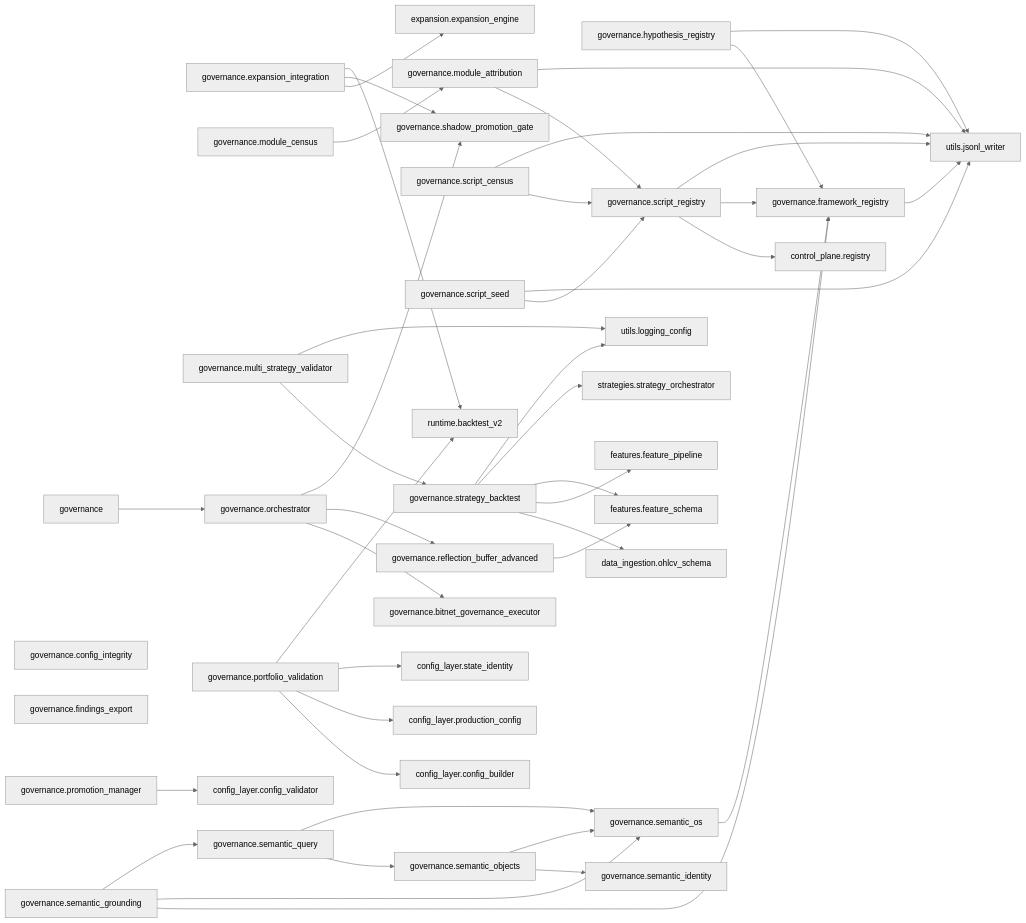
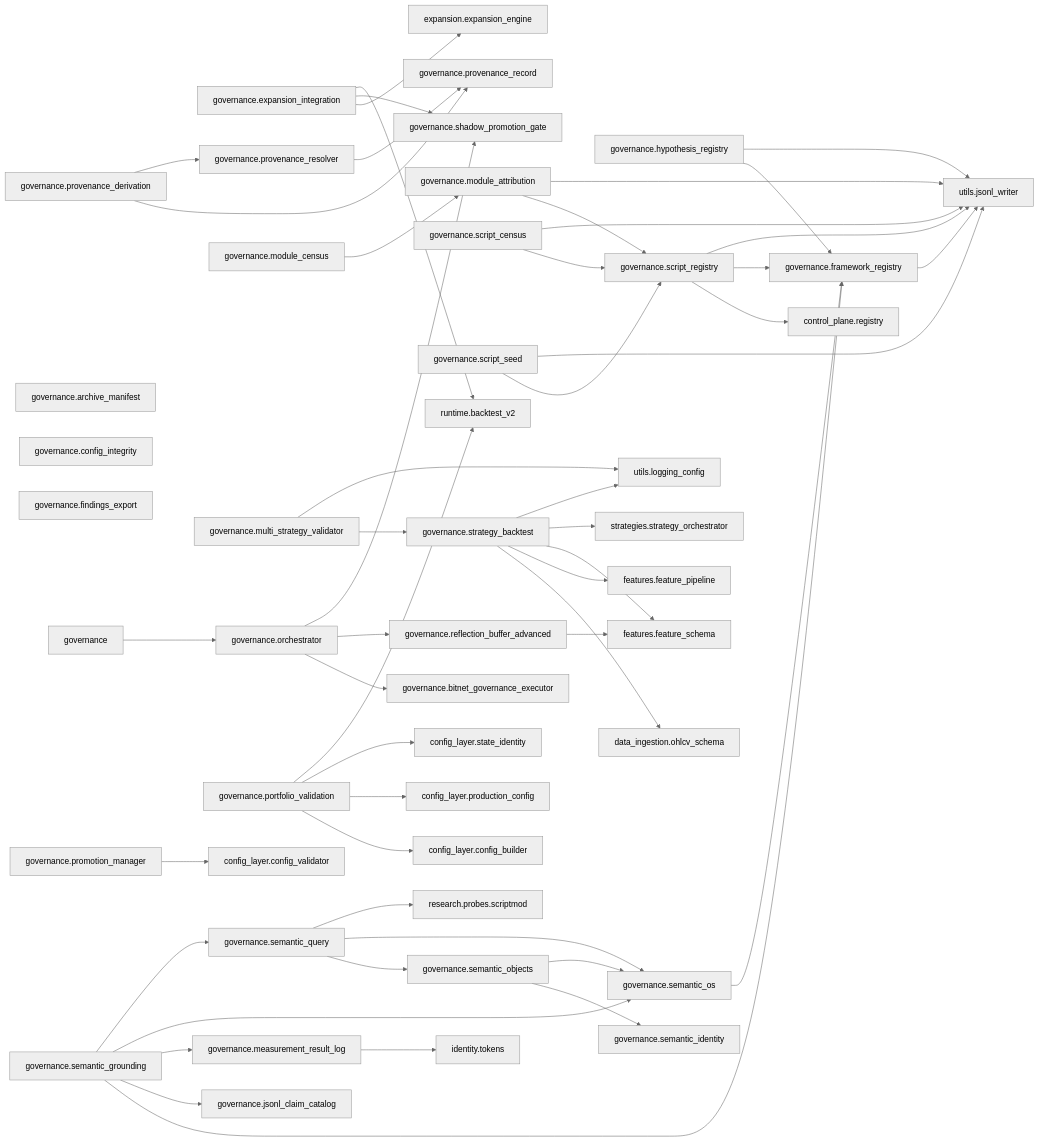
Diagram 17 of 41 in docs/architecture/code-map.generated.md (Chaithu1995-0312/TradeHlt), drawn with Mermaid (neutral theme) before and after one commit. The commit also changed other lines of this file and 39 other files, not shown here.

First line of the commit message:
docs: F-064 full-corpus re-measurement, feature-schema walk, architecture map sync

````diff
--- a/docs/architecture/code-map.generated.md
+++ b/docs/architecture/code-map.generated.md
@@ -979,18 +1089,24 @@
 ```mermaid
 flowchart LR
     governance["governance"]
+    governance_archive_manifest["governance.archive_manifest"]
     governance_bitnet_governance_executor["governance.bitnet_governance_executor"]
     governance_config_integrity["governance.config_integrity"]
     governance_expansion_integration["governance.expansion_integration"]
     governance_findings_export["governance.findings_export"]
     governance_framework_registry["governance.framework_registry"]
     governance_hypothesis_registry["governance.hypothesis_registry"]
+    governance_jsonl_claim_catalog["governance.jsonl_claim_catalog"]
+    governance_measurement_result_log["governance.measurement_result_log"]
     governance_module_attribution["governance.module_attribution"]
     governance_module_census["governance.module_census"]
     governance_multi_strategy_validator["governance.multi_strategy_validator"]
     governance_orchestrator["governance.orchestrator"]
     governance_portfolio_validation["governance.portfolio_validation"]
     governance_promotion_manager["governance.promotion_manager"]
+    governance_provenance_derivation["governance.provenance_derivation"]
+    governance_provenance_record["governance.provenance_record"]
+    governance_provenance_resolver["governance.provenance_resolver"]
     governance_reflection_buffer_advanced["governance.reflection_buffer_advanced"]
     governance_script_census["governance.script_census"]
     governance_script_registry["governance.script_registry"]
@@ -1011,6 +1127,8 @@
     expansion_expansion_engine["expansion.expansion_engine"]
     features_feature_pipeline["features.feature_pipeline"]
     features_feature_schema["features.feature_schema"]
+    identity_tokens["identity.tokens"]
+    research_probes_scriptmod["research.probes.scriptmod"]
     runtime_backtest_v2["runtime.backtest_v2"]
     strategies_strategy_orchestrator["strategies.strategy_orchestrator"]
     utils_jsonl_writer["utils.jsonl_writer"]
@@ -1022,6 +1140,7 @@
     governance_framework_registry --> utils_jsonl_writer
     governance_hypothesis_registry --> governance_framework_registry
     governance_hypothesis_registry --> utils_jsonl_writer
+    governance_measurement_result_log --> identity_tokens
     governance_module_attribution --> governance_script_registry
     governance_module_attribution --> utils_jsonl_writer
     governance_module_census --> governance_module_attribution
@@ -1035,6 +1154,9 @@
     governance_portfolio_validation --> config_layer_state_identity
     governance_portfolio_validation --> runtime_backtest_v2
     governance_promotion_manager --> config_layer_config_validator
+    governance_provenance_derivation --> governance_provenance_record
+    governance_provenance_derivation --> governance_provenance_resolver
+    governance_provenance_resolver --> governance_provenance_record
     governance_reflection_buffer_advanced --> features_feature_schema
     governance_script_census --> governance_script_registry
     governance_script_census --> utils_jsonl_writer
@@ -1044,6 +1166,8 @@
     governance_script_seed --> governance_script_registry
     governance_script_seed --> utils_jsonl_writer
     governance_semantic_grounding --> governance_framework_registry
+    governance_semantic_grounding --> governance_jsonl_claim_catalog
+    governance_semantic_grounding --> governance_measurement_result_log
     governance_semantic_grounding --> governance_semantic_os
     governance_semantic_grounding --> governance_semantic_query
     governance_semantic_objects --> governance_semantic_identity
@@ -1051,6 +1175,7 @@
     governance_semantic_os --> governance_framework_registry
     governance_semantic_query --> governance_semantic_objects
     governance_semantic_query --> governance_semantic_os
+    governance_semantic_query --> research_probes_scriptmod
     governance_strategy_backtest --> data_ingestion_ohlcv_schema
     governance_strategy_backtest --> features_feature_pipeline
     governance_strategy_backtest --> features_feature_schema
````
